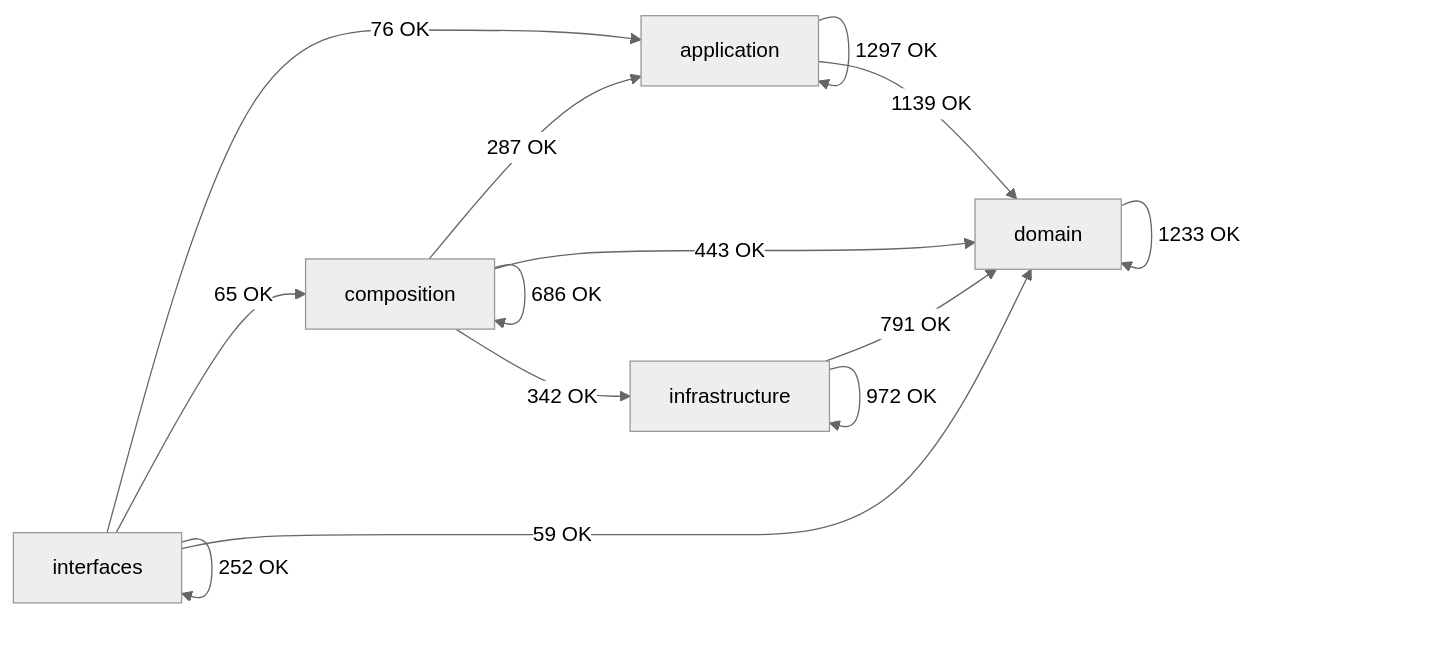
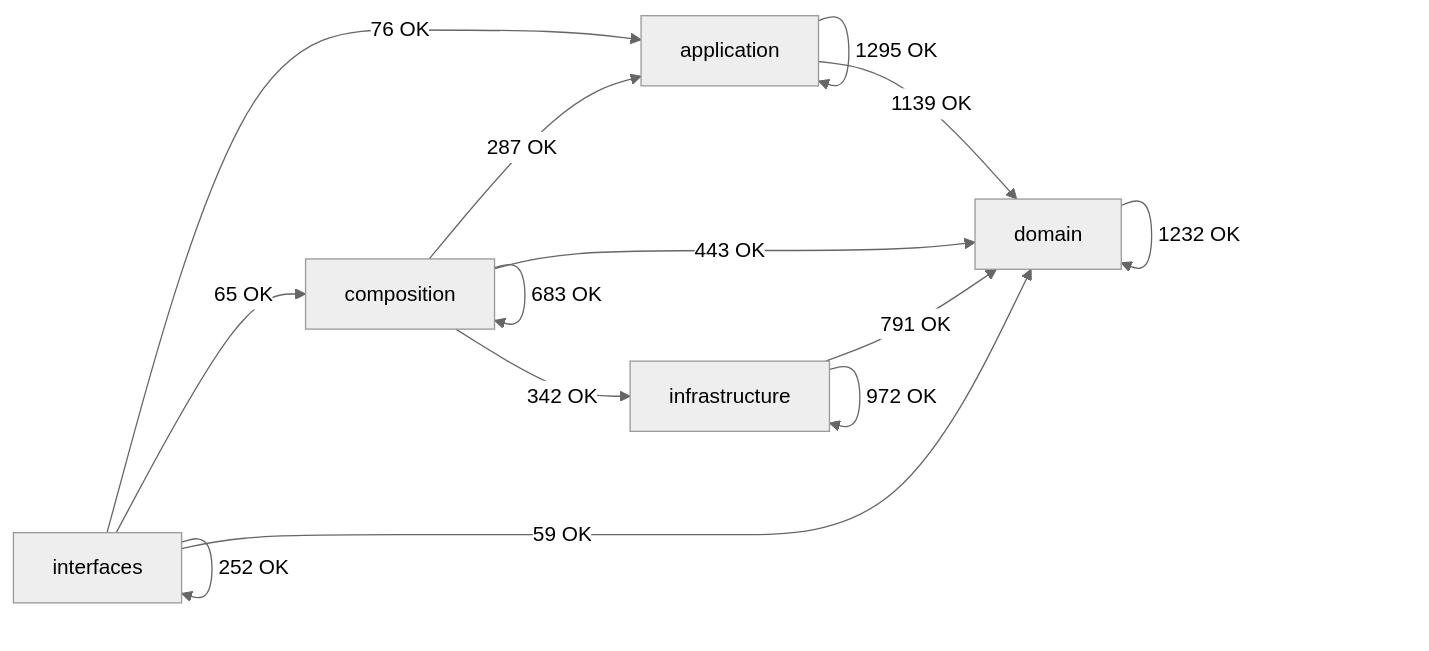
Before and after one commit to SatoryKono/BioactivityDataAcquisition: the diagram in docs/02-architecture/generated/module-dependency-map.md, drawn with Mermaid (neutral theme). The commit also changed other lines of this file and 34 other files, not shown here.

````diff
--- a/docs/02-architecture/generated/module-dependency-map.md
+++ b/docs/02-architecture/generated/module-dependency-map.md
@@ -17,21 +17,21 @@
 ```mermaid
 flowchart LR
     domain[domain]
     application[application]
     infrastructure[infrastructure]
     composition[composition]
     interfaces[interfaces]
-    application -->|1297 OK| application
+    application -->|1295 OK| application
     application -->|1139 OK| domain
     composition -->|287 OK| application
-    composition -->|686 OK| composition
+    composition -->|683 OK| composition
     composition -->|443 OK| domain
     composition -->|342 OK| infrastructure
-    domain -->|1233 OK| domain
+    domain -->|1232 OK| domain
     infrastructure -->|791 OK| domain
     infrastructure -->|972 OK| infrastructure
     interfaces -->|76 OK| application
     interfaces -->|65 OK| composition
     interfaces -->|59 OK| domain
     interfaces -->|252 OK| interfaces
 ```
````
